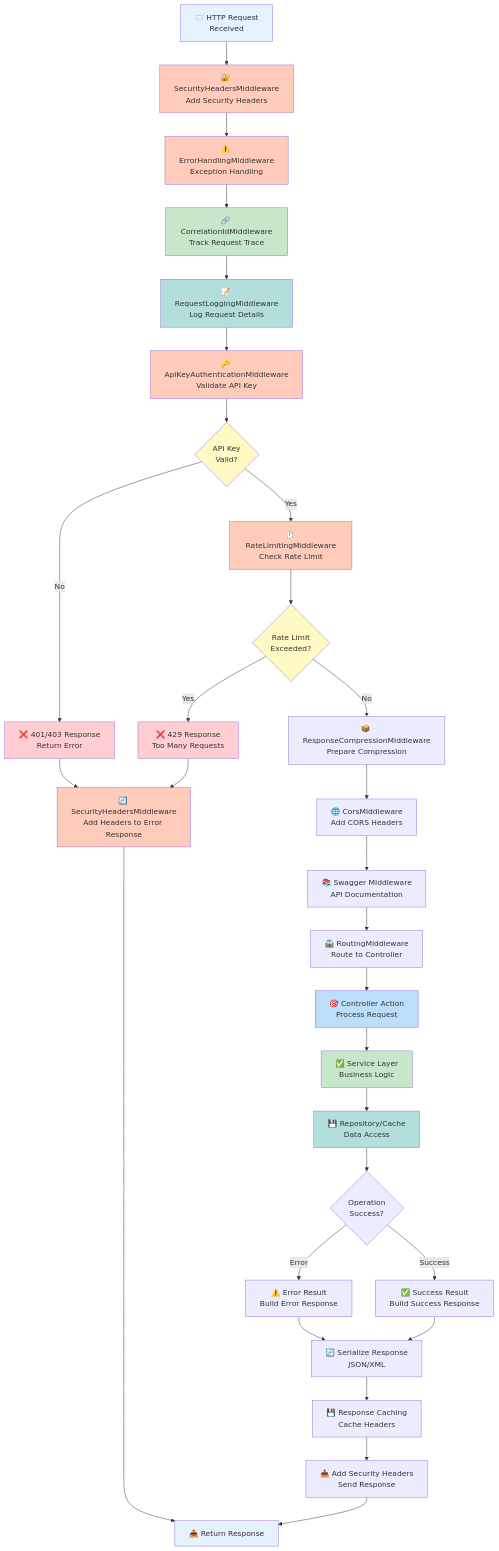
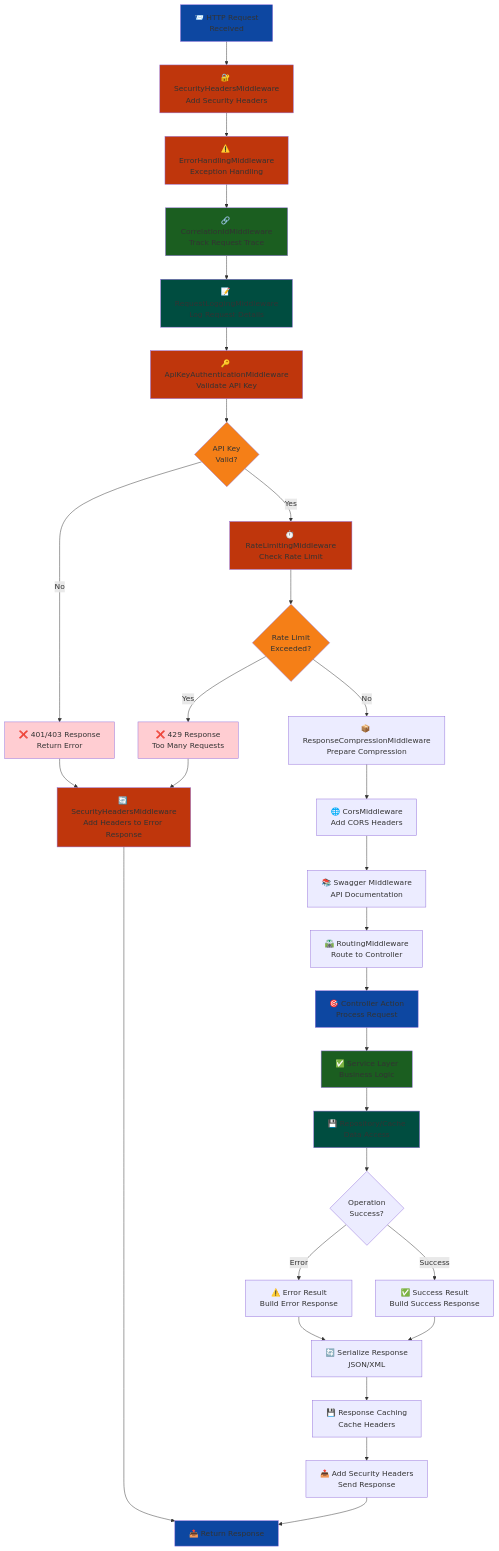
One commit to debdevops/servicehub changed the fourth of 12 diagrams in services/api/ARCHITECTURE.md. Above: the diagram before and after it, drawn with Mermaid. The commit also changed other lines of this file, not shown here.

````diff
--- a/services/api/ARCHITECTURE.md
+++ b/services/api/ARCHITECTURE.md
@@ -209,55 +230,55 @@
 ```mermaid
 graph TD
     A["📨 HTTP Request<br/>Received"] --> B["🔐 SecurityHeadersMiddleware<br/>Add Security Headers"]
     B --> C["⚠️ ErrorHandlingMiddleware<br/>Exception Handling"]
     C --> D["🔗 CorrelationIdMiddleware<br/>Track Request Trace"]
     D --> E["📝 RequestLoggingMiddleware<br/>Log Request Details"]
     E --> F["🔑 ApiKeyAuthenticationMiddleware<br/>Validate API Key"]
     
     F --> G{API Key<br/>Valid?}
     G -->|No| H["❌ 401/403 Response<br/>Return Error"]
     H --> I["🔄 SecurityHeadersMiddleware<br/>Add Headers to Error Response"]
     I --> J["📤 Return Response"]
     
     G -->|Yes| K["⏱️ RateLimitingMiddleware<br/>Check Rate Limit"]
     K --> L{Rate Limit<br/>Exceeded?}
     L -->|Yes| M["❌ 429 Response<br/>Too Many Requests"]
     M --> I
     
     L -->|No| N["📦 ResponseCompressionMiddleware<br/>Prepare Compression"]
     N --> O["🌐 CorsMiddleware<br/>Add CORS Headers"]
     O --> P["📚 Swagger Middleware<br/>API Documentation"]
     P --> Q["🛣️ RoutingMiddleware<br/>Route to Controller"]
     
     Q --> R["🎯 Controller Action<br/>Process Request"]
     R --> S["✅ Service Layer<br/>Business Logic"]
     S --> T["💾 Repository/Cache<br/>Data Access"]
     
     T --> U{Operation<br/>Success?}
     U -->|Error| V["⚠️ Error Result<br/>Build Error Response"]
     U -->|Success| W["✅ Success Result<br/>Build Success Response"]
     
     V --> X["🔄 Serialize Response<br/>JSON/XML"]
     W --> X
     
     X --> Y["💾 Response Caching<br/>Cache Headers"]
     Y --> Z["📤 Add Security Headers<br/>Send Response"]
     Z --> J
 
-    style A fill:#e3f2fd
-    style B fill:#ffccbc
-    style C fill:#ffccbc
-    style D fill:#c8e6c9
-    style E fill:#b2dfdb
-    style F fill:#ffccbc
-    style G fill:#fff9c4
+    style A fill:#0d47a1
+    style B fill:#bf360c
+    style C fill:#bf360c
+    style D fill:#1b5e20
+    style E fill:#004d40
+    style F fill:#bf360c
+    style G fill:#f57f17
     style H fill:#ffcdd2
-    style I fill:#ffccbc
-    style J fill:#e3f2fd
-    style K fill:#ffccbc
-    style L fill:#fff9c4
+    style I fill:#bf360c
+    style J fill:#0d47a1
+    style K fill:#bf360c
+    style L fill:#f57f17
     style M fill:#ffcdd2
-    style R fill:#bbdefb
-    style S fill:#c8e6c9
-    style T fill:#b2dfdb
+    style R fill:#0d47a1
+    style S fill:#1b5e20
+    style T fill:#004d40
 ```
````
